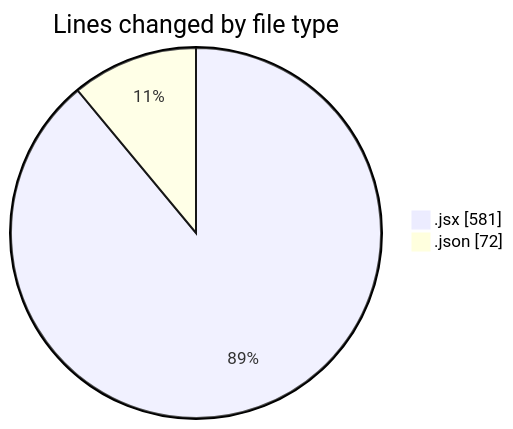
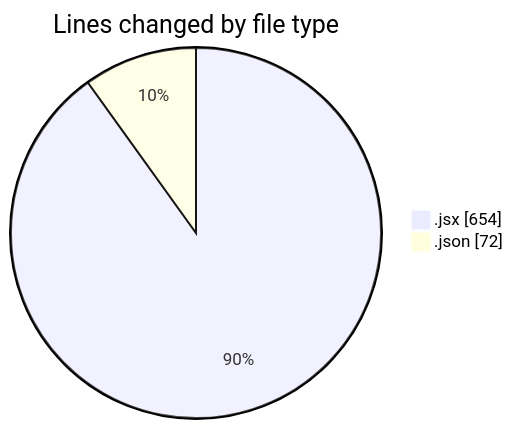
Before and after one commit to momahboobian/code-tracking: the first of 2 diagrams in 2026-03-19/commonwealth-front-end-task/README.md, drawn with Mermaid. The commit also changed other lines of this file and 1 other file, not shown here.

````diff
--- a/2026-03-19/commonwealth-front-end-task/README.md
+++ b/2026-03-19/commonwealth-front-end-task/README.md
@@ -23,6 +23,6 @@
 ```mermaid
 pie showData
 title Lines changed by file type
-".jsx" : 581
+".jsx" : 654
 ".json" : 72
 ```
````
